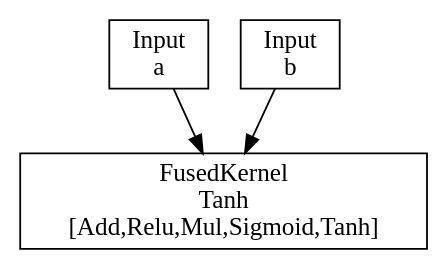
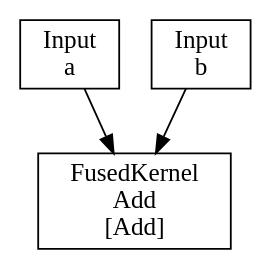
The diagram in results/ir_after_fusion.dot (ParthPatel00/TensorScript), drawn with Graphviz before and after one commit. The commit also changed 30 other files, not shown here.

```diff
--- a/results/ir_after_fusion.dot
+++ b/results/ir_after_fusion.dot
@@ -1,9 +1,9 @@
 digraph G {
   rankdir=TB;
   node [shape=box];
-  "0x86ed340a0" [label="Input\na"];
-  "0x86ed34140" [label="Input\nb"];
-  "0x86ec06620" [label="FusedKernel\nTanh\n[Add,Relu,Mul,Sigmoid,Tanh]"];
-  "0x86ed340a0" -> "0x86ec06620";
-  "0x86ed34140" -> "0x86ec06620";
+  "0x10562ef10" [label="Input\na"];
+  "0x10562efb0" [label="Input\nb"];
+  "0x10562f050" [label="FusedKernel\nAdd\n[Add]"];
+  "0x10562ef10" -> "0x10562f050";
+  "0x10562efb0" -> "0x10562f050";
 }
```
